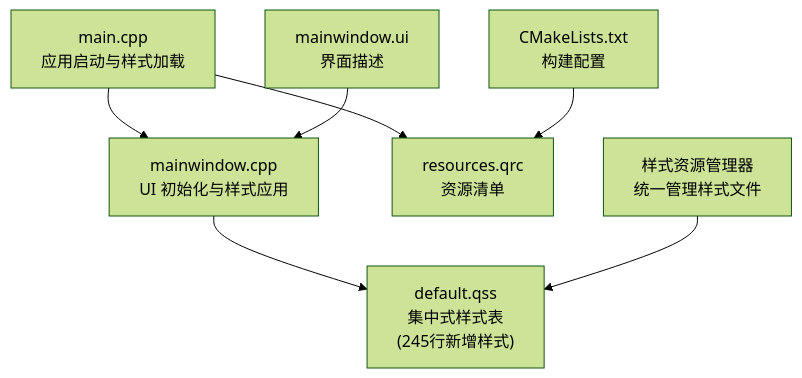
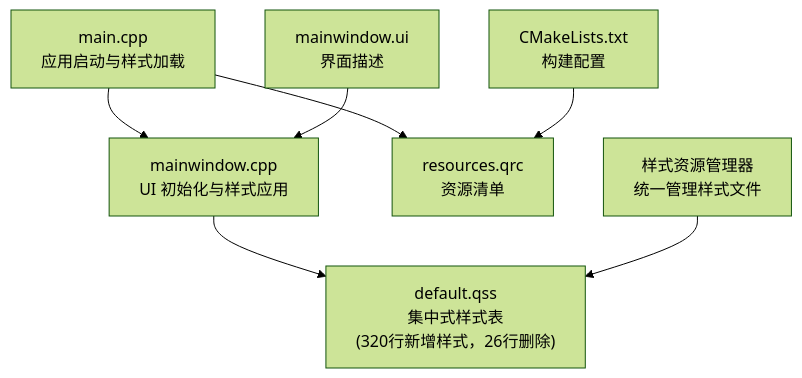
One commit to jakecai1225-design/OpenBus changed the first of 4 diagrams in .qoder/repowiki/zh/content/样式系统.md. Above: the diagram before and after it, drawn with Mermaid (forest theme). The commit also changed other lines of this file and 44 other files, not shown here.

````diff
--- a/.qoder/repowiki/zh/content/样式系统.md
+++ b/.qoder/repowiki/zh/content/样式系统.md
@@ -48,9 +48,9 @@
 ```mermaid
 graph TB
 A["main.cpp<br/>应用启动与样式加载"] --> B["mainwindow.cpp<br/>UI 初始化与样式应用"]
-B --> C["default.qss<br/>集中式样式表<br/>(245行新增样式)"]
+B --> C["default.qss<br/>集中式样式表<br/>(320行新增样式，26行删除)"]
 A --> D["resources.qrc<br/>资源清单"]
 E["CMakeLists.txt<br/>构建配置"] --> D
 F["mainwindow.ui<br/>界面描述"] --> B
 G["样式资源管理器<br/>统一管理样式文件"] --> C
 ```
````
